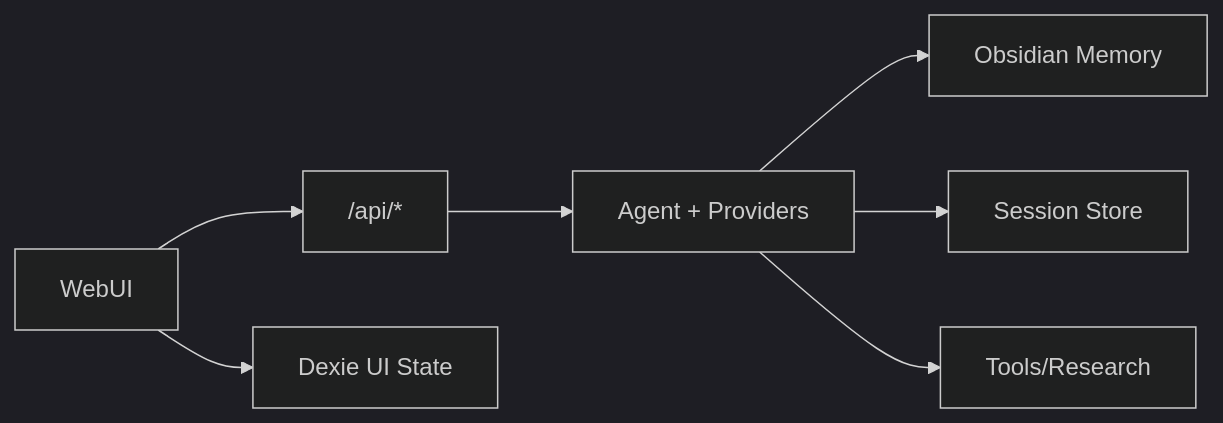
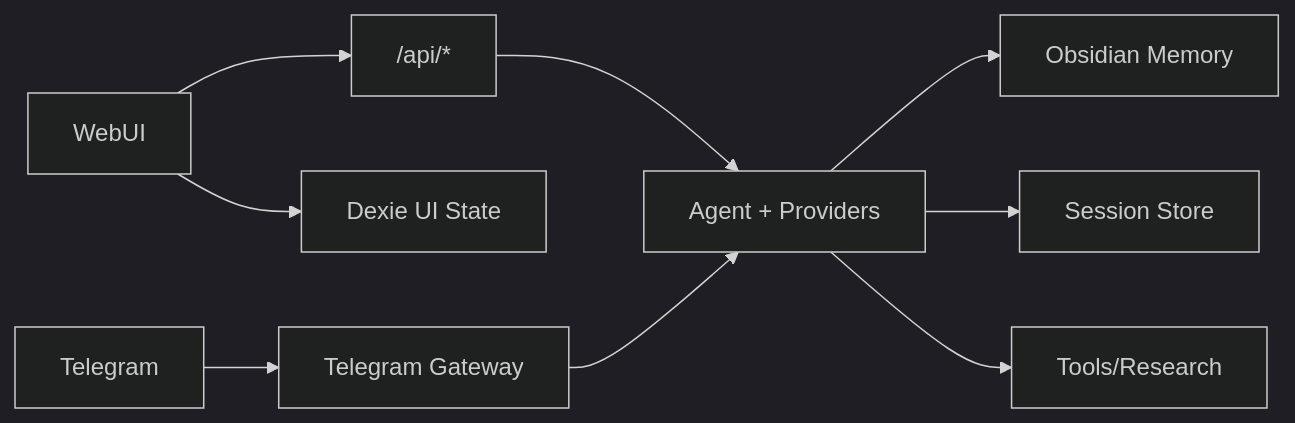
One commit to RSWAIN1486/sankalp changed the diagram in docs/features.md. Above: the diagram before and after it, drawn with Mermaid (dark theme). The commit also changed other lines of this file and 19 other files, not shown here.

Commit message:
feat: introduce persistent daemon mode with Telegram messaging gateway and automated macOS launch agent support.

````diff
--- a/docs/features.md
+++ b/docs/features.md
@@ -70,9 +80,11 @@
 ```mermaid
 flowchart LR
   UI[WebUI] --> API["/api/*"]
   API --> AGENT[Agent + Providers]
   AGENT --> MEM[Obsidian Memory]
   AGENT --> SESS[Session Store]
   AGENT --> TOOLS[Tools/Research]
   UI --> PREFS[Dexie UI State]
+  TG[Telegram] --> GATEWAY[Telegram Gateway]
+  GATEWAY --> AGENT
 ```
````
